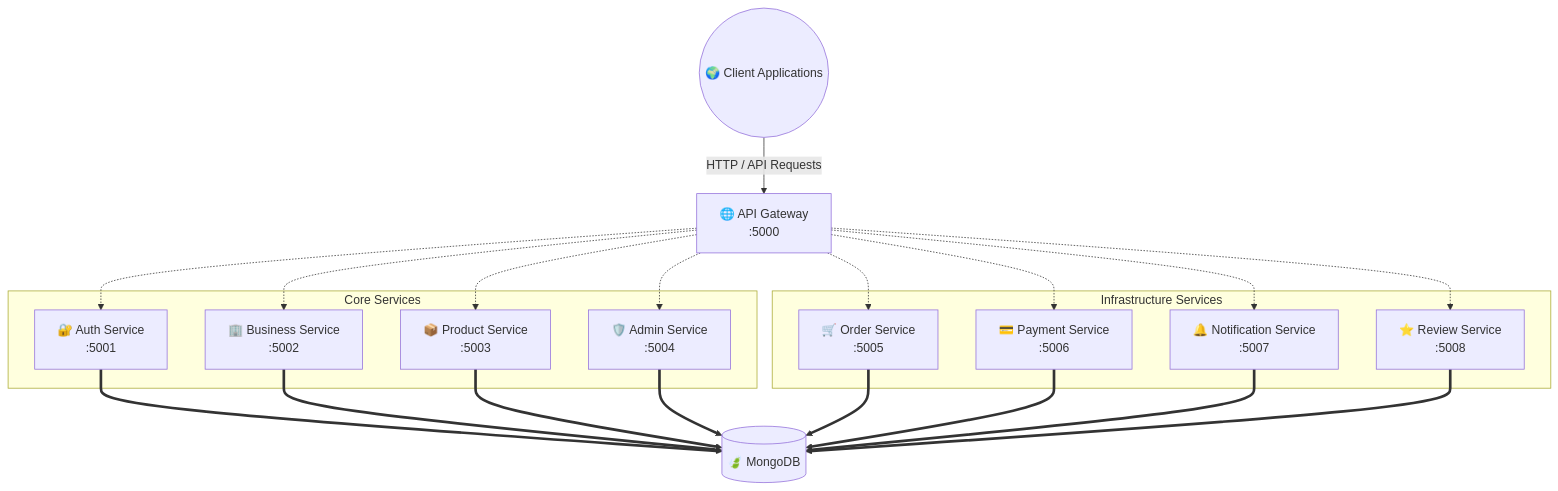
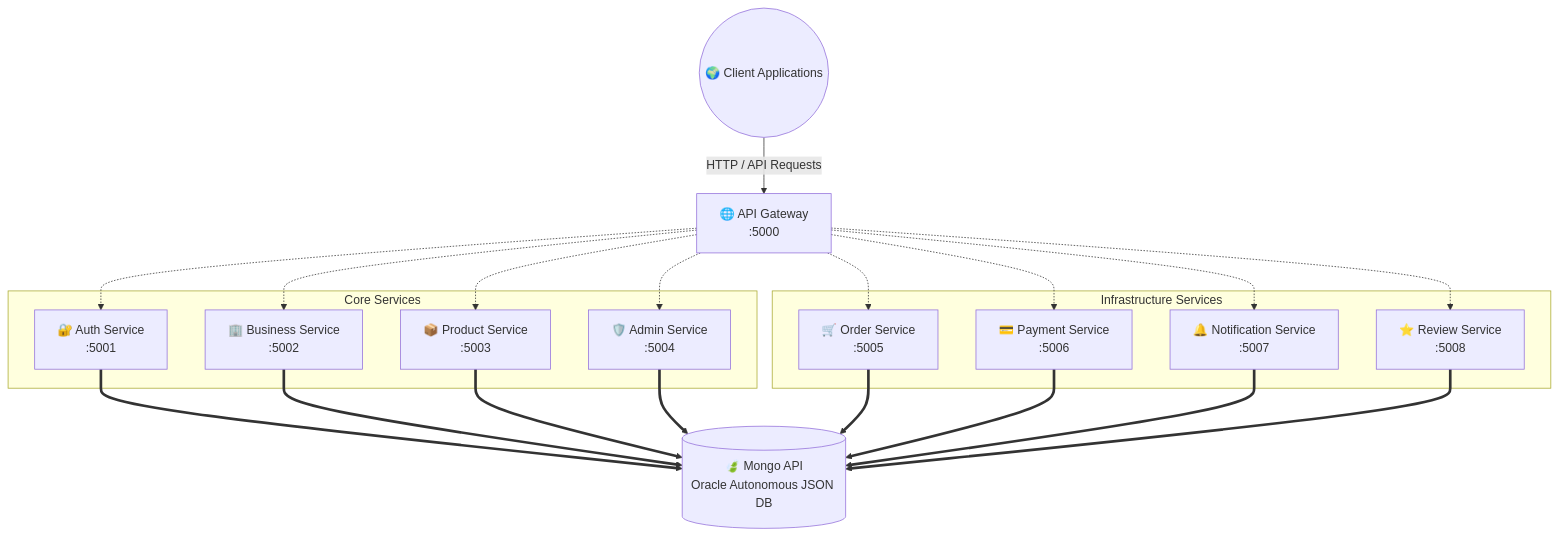
Before and after one commit to ChamathDilshanC/NexusCart-Microservices-Backend: the first of 2 diagrams in README.md, drawn with Mermaid. The commit also changed other lines of this file and 5 other files, not shown here.

First line of the commit message:
chore: migrate database from Azure Cosmos DB to Oracle Autonomous JSON DB

````diff
--- a/README.md
+++ b/README.md
@@ -27,34 +27,34 @@
 ```mermaid
 graph TD
     Client((🌍 Client Applications))
     Gateway[🌐 API Gateway<br/>:5000]
     
     subgraph Core Services
         Auth[🔐 Auth Service<br/>:5001]
         Business[🏢 Business Service<br/>:5002]
         Product[📦 Product Service<br/>:5003]
         Admin[🛡️ Admin Service<br/>:5004]
     end
 
     subgraph Infrastructure Services
         Order[🛒 Order Service<br/>:5005]
         Payment[💳 Payment Service<br/>:5006]
         Notif[🔔 Notification Service<br/>:5007]
         Review[⭐ Review Service<br/>:5008]
     end
     
-    DB[(🍃 MongoDB)]
+    DB[(🍃 Mongo API<br/>Oracle Autonomous JSON DB)]
 
     Client -->|HTTP / API Requests| Gateway
     
     Gateway -.-> Auth
     Gateway -.-> Business
     Gateway -.-> Product
     Gateway -.-> Admin
     Gateway -.-> Order
     Gateway -.-> Payment
     Gateway -.-> Notif
     Gateway -.-> Review
 
     Auth & Business & Product & Admin & Order & Payment & Notif & Review ==> DB
 ```
````
